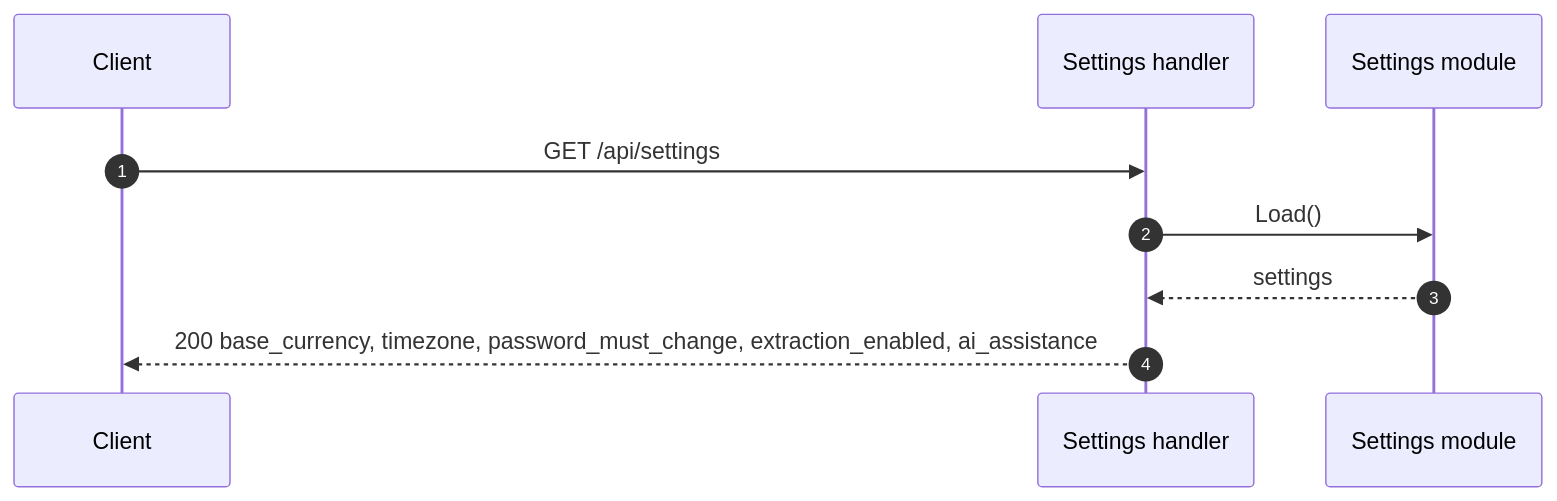
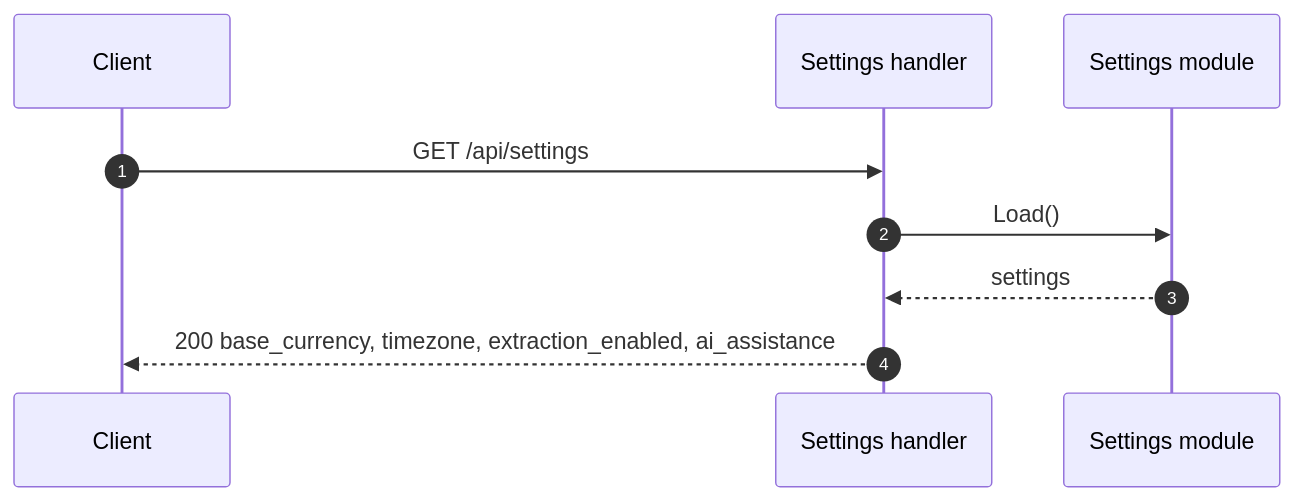
The diagram in docs/endpoints/GET_api_settings.md (dimasbaguspm/spenicle), drawn with Mermaid before and after one commit. The commit also changed other lines of this file and 66 other files, not shown here.

````diff
--- a/docs/endpoints/GET_api_settings.md
+++ b/docs/endpoints/GET_api_settings.md
@@ -60,11 +61,11 @@
 ```mermaid
 sequenceDiagram
     autonumber
     participant UI as Client
     participant H as Settings handler
     participant S as Settings module
     UI->>H: GET /api/settings
     H->>S: Load()
     S-->>H: settings
-    H-->>UI: 200 base_currency, timezone, password_must_change, extraction_enabled, ai_assistance
+    H-->>UI: 200 base_currency, timezone, extraction_enabled, ai_assistance
 ```
````
